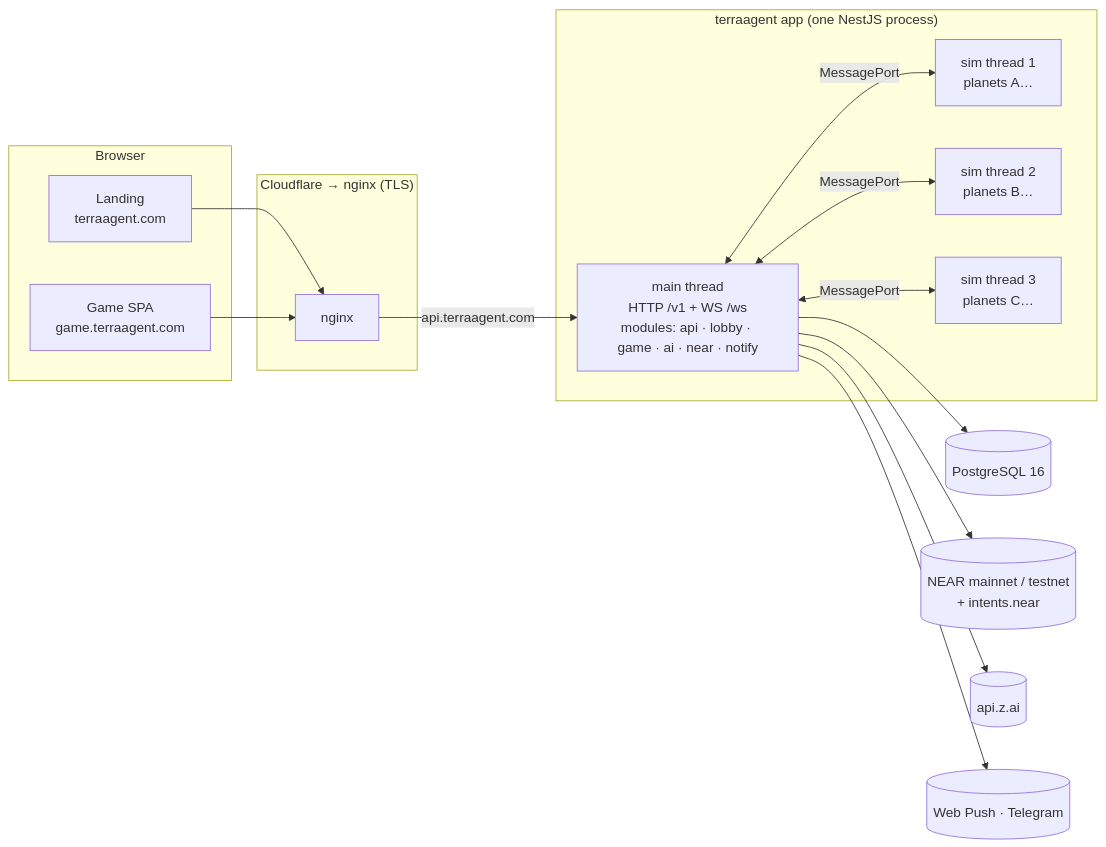
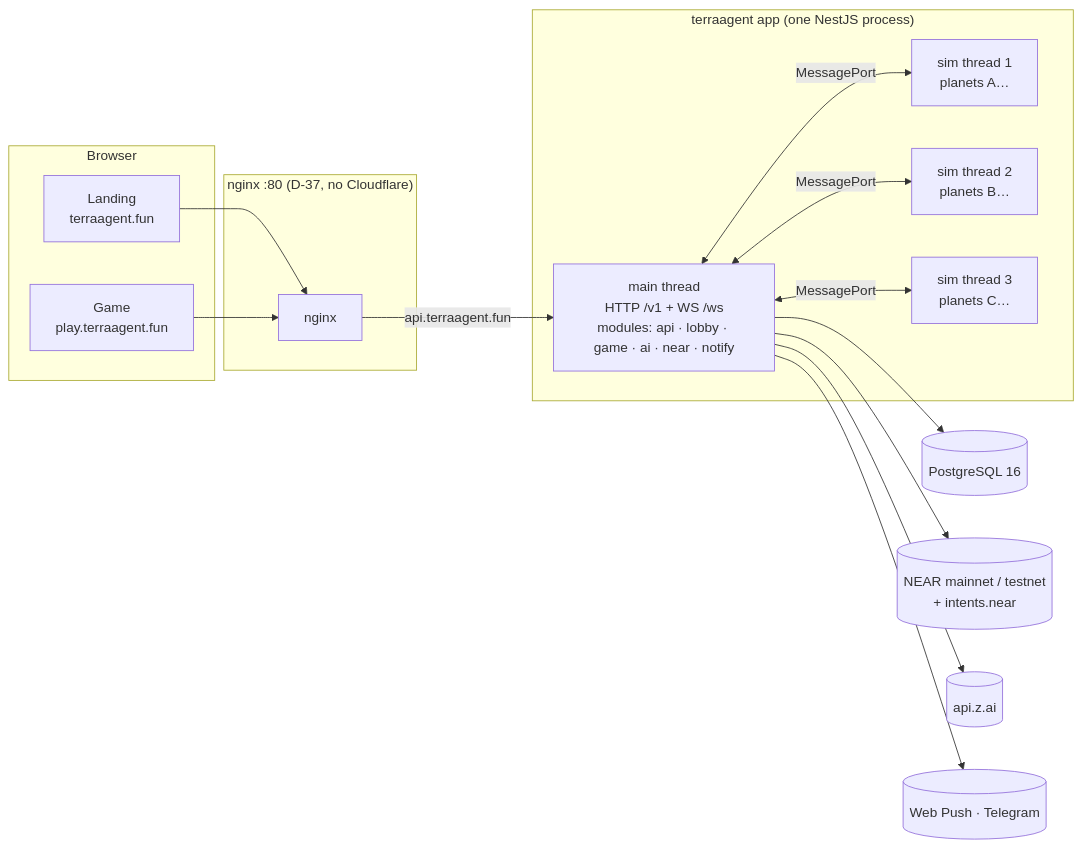
The first of 3 diagrams in docs/spec/ARCHITECTURE.md (recferret-bit/terraagent), drawn with Mermaid before and after one commit. The commit also changed other lines of this file and 19 other files, not shown here.

First line of the commit message:
Plan W26 hosting on terraagent.fun and start that wave with Grok.

````diff
--- a/docs/spec/ARCHITECTURE.md
+++ b/docs/spec/ARCHITECTURE.md
@@ -31,34 +31,34 @@
 ```mermaid
 flowchart LR
   subgraph Browser
-    LAND["Landing<br/>terraagent.com"]
-    GAME["Game SPA<br/>game.terraagent.com"]
+    LAND["Landing<br/>terraagent.fun"]
+    GAME["Game<br/>play.terraagent.fun"]
   end
 
-  subgraph Edge["Cloudflare → nginx (TLS)"]
+  subgraph Edge["nginx :80 (D-37, no Cloudflare)"]
     NGX["nginx"]
   end
 
   subgraph App["terraagent app (one NestJS process)"]
     MAIN["main thread<br/>HTTP /v1 + WS /ws<br/>modules: api · lobby · game · ai · near · notify"]
     T1["sim thread 1<br/>planets A…"]
     T2["sim thread 2<br/>planets B…"]
     T3["sim thread 3<br/>planets C…"]
     MAIN <-->|MessagePort| T1
     MAIN <-->|MessagePort| T2
     MAIN <-->|MessagePort| T3
   end
 
   PG[("PostgreSQL 16")]
   CHAIN[("NEAR mainnet / testnet<br/>+ intents.near")]
   ZAI[("api.z.ai")]
   PUSH[("Web Push · Telegram")]
 
   LAND --> NGX
   GAME --> NGX
-  NGX -->|api.terraagent.com| MAIN
+  NGX -->|api.terraagent.fun| MAIN
   MAIN --> PG
   MAIN --> ZAI
   MAIN --> CHAIN
   MAIN --> PUSH
 ```
````
